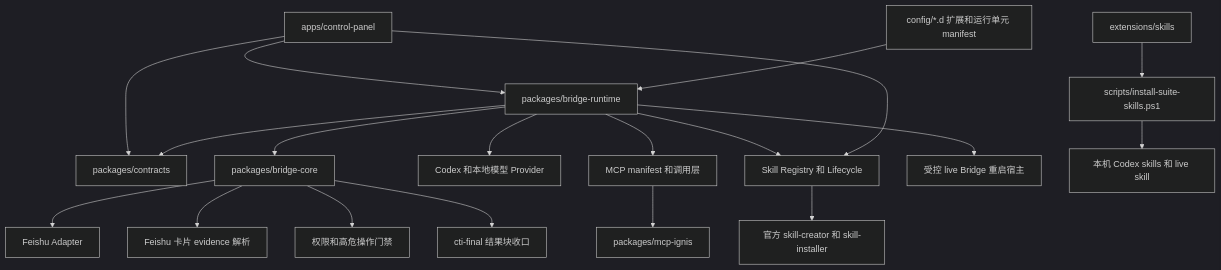
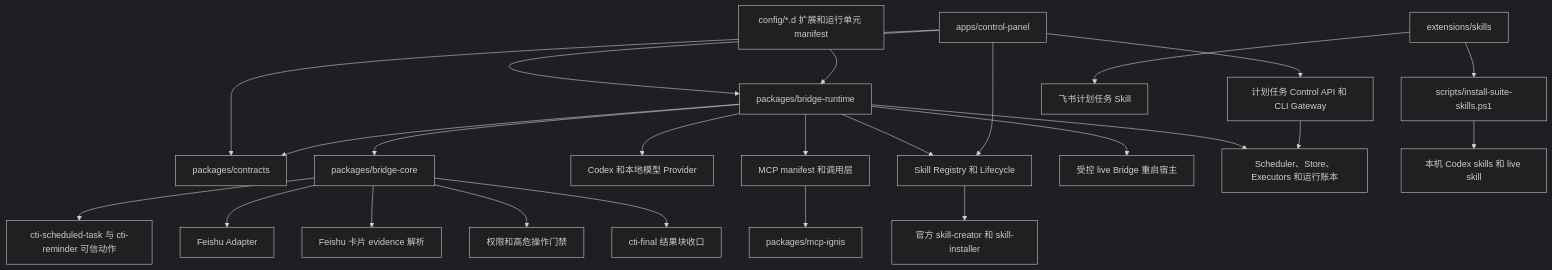
Before and after one commit to dddfuxi/codex-im-suite: the second of 14 diagrams in docs/PROJECT-ARCHITECTURE.md, drawn with Mermaid (dark theme). The commit also changed other lines of this file and 3 other files, not shown here.

````diff
--- a/docs/PROJECT-ARCHITECTURE.md
+++ b/docs/PROJECT-ARCHITECTURE.md
@@ -57,21 +60,26 @@
 ```mermaid
 flowchart TD
   Panel[apps/control-panel] --> Runtime[packages/bridge-runtime]
   Panel --> Contracts[packages/contracts]
   Runtime --> Contracts
   Runtime --> Core[packages/bridge-core]
   Runtime --> ProviderLayer[Codex 和本地模型 Provider]
   Runtime --> McpLayer[MCP manifest 和调用层]
   Runtime --> SkillLifecycle[Skill Registry 和 Lifecycle]
   Runtime --> BridgeControl[受控 live Bridge 重启宿主]
+  Runtime --> ScheduledEngine[Scheduler、Store、Executors 和运行账本]
+  Core --> ScheduledActions[cti-scheduled-task 与 cti-reminder 可信动作]
+  Panel --> ScheduledGateway[计划任务 Control API 和 CLI Gateway]
+  ScheduledGateway --> ScheduledEngine
   SkillLifecycle --> OfficialSkillTools[官方 skill-creator 和 skill-installer]
   Panel --> SkillLifecycle
   McpLayer --> IgnisPackage[packages/mcp-ignis]
   Core --> FeishuAdapter[Feishu Adapter]
   Core --> FeishuCardEvidence[Feishu 卡片 evidence 解析]
   Core --> PermissionBroker[权限和高危操作门禁]
   Core --> ReplyEnvelope[cti-final 结果块收口]
   Config[config/*.d 扩展和运行单元 manifest] --> Runtime
   Extensions[extensions/skills] --> Scripts[scripts/install-suite-skills.ps1]
+  Extensions --> ScheduledSkill[飞书计划任务 Skill]
   Scripts --> CodexSkills[本机 Codex skills 和 live skill]
 ```
````
